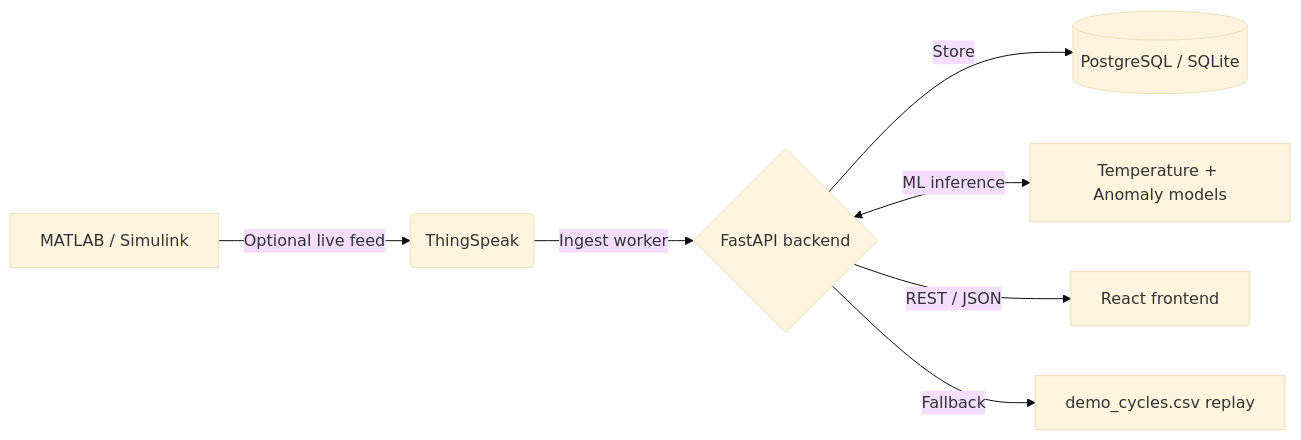
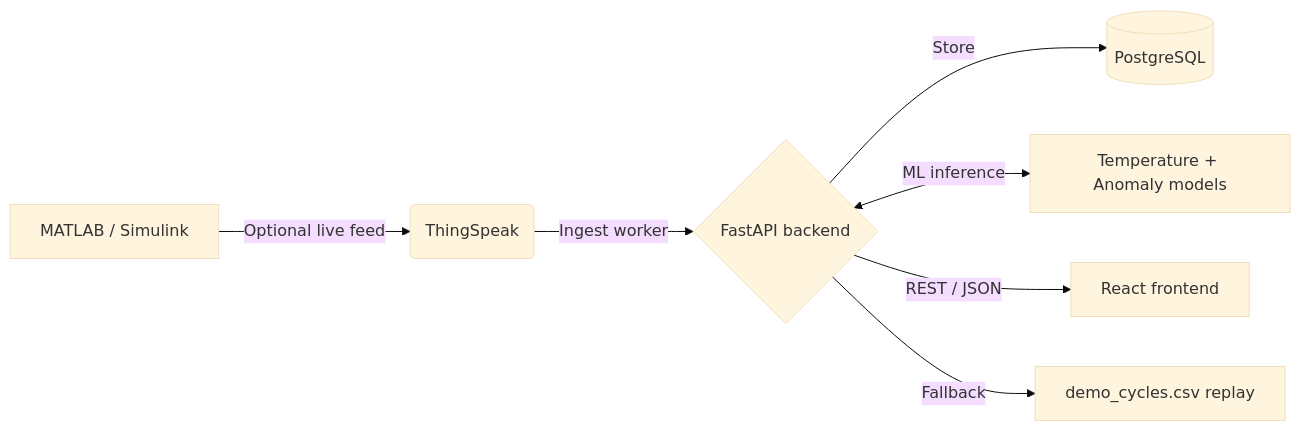
One commit to Ankit4112004/wpt_iot changed the diagram in README.md. Above: the diagram before and after it, drawn with Mermaid (base theme). The commit also changed other lines of this file, not shown here.

````diff
--- a/README.md
+++ b/README.md
@@ -7,9 +7,9 @@
 ```mermaid
 flowchart LR
     A[MATLAB / Simulink] -->|Optional live feed| B(ThingSpeak)
     B -->|Ingest worker| C{FastAPI backend}
-    C -->|Store| D[(PostgreSQL / SQLite)]
+    C -->|Store| D[(PostgreSQL)]
     C <-->|ML inference| E[Temperature + Anomaly models]
     C -->|REST / JSON| F[React frontend]
     C -->|Fallback| G[demo_cycles.csv replay]
 ```
````
